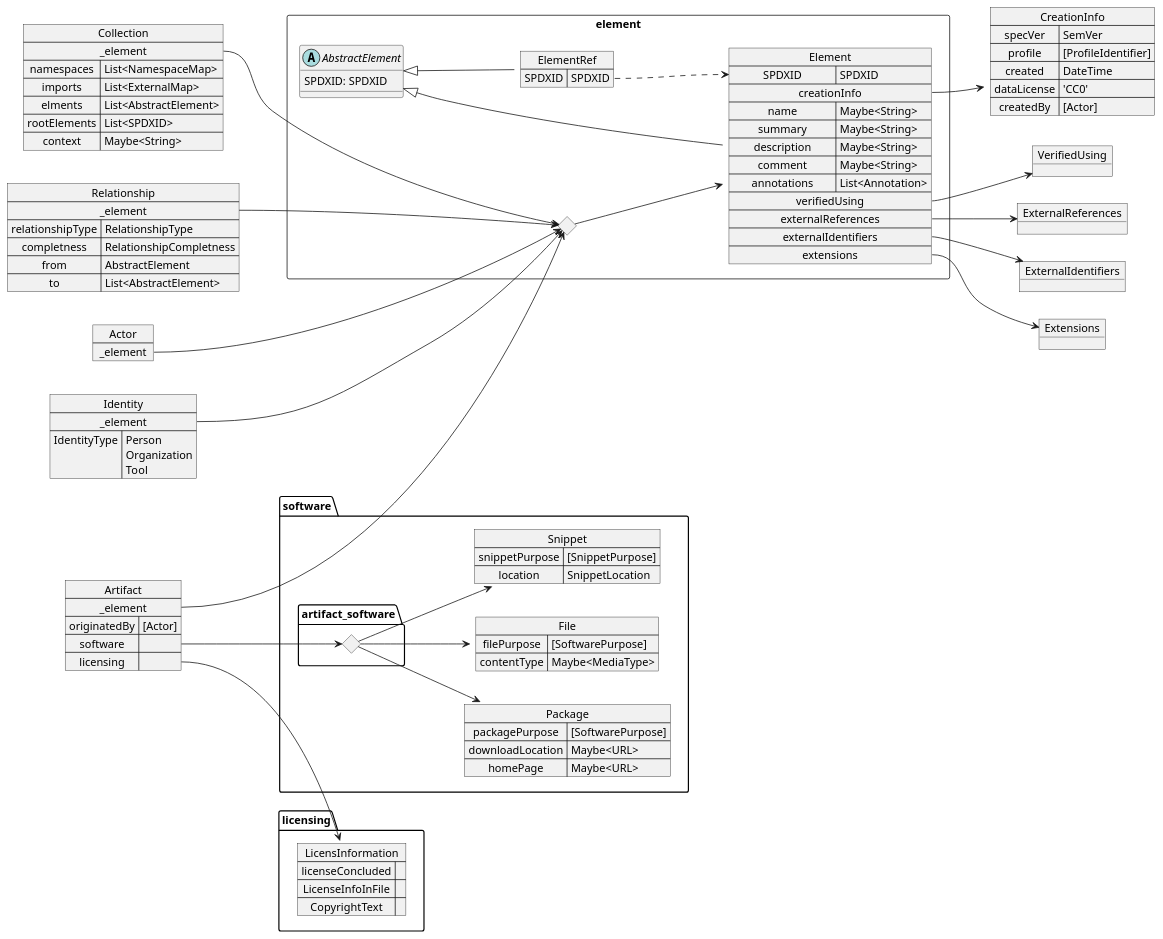
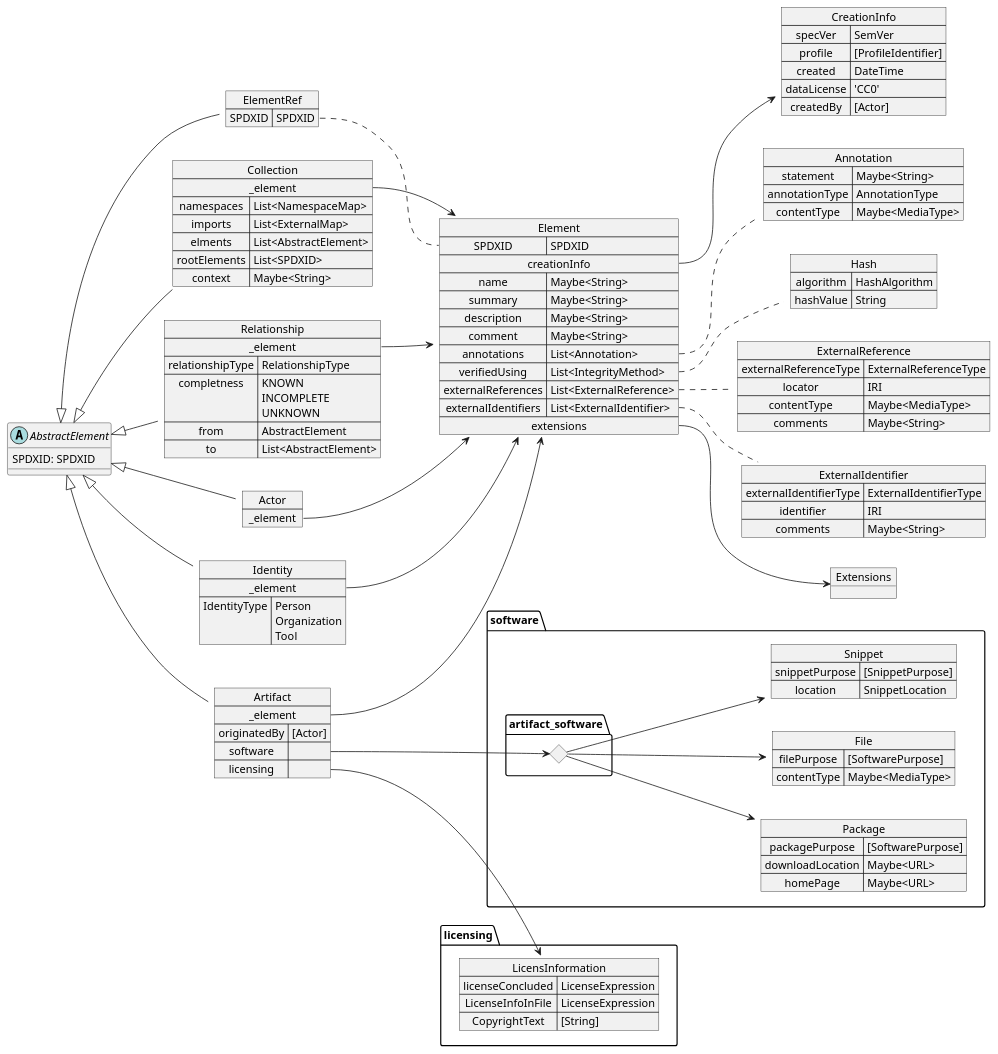
One commit to maxhbr/spdx-3-model.compositional changed the diagram in model.puml. Above: the diagram before and after it, drawn with PlantUML. The commit also changed 1 other file, not shown here.

```diff
--- a/model.puml
+++ b/model.puml
@@ -1,133 +1,132 @@
 @startuml
 left to right direction
 
 map CreationInfo {
     specVer => SemVer
     profile => [ProfileIdentifier]
     created => DateTime
     dataLicense => 'CC0'
     createdBy => [Actor]
 }
-object VerifiedUsing
-object ExternalReferences
-object ExternalIdentifiers
 object Extensions
-rectangle element {
-    abstract AbstractElement
-    AbstractElement : SPDXID: SPDXID
-    map Element {
-        SPDXID => SPDXID
-        creationInfo *--> CreationInfo
-        name => Maybe<String>
-        summary => Maybe<String>
-        description => Maybe<String>
-        comment => Maybe<String>
-        annotations => List<Annotation>
-        verifiedUsing *--> VerifiedUsing
-        externalReferences *--> ExternalReferences
-        externalIdentifiers *--> ExternalIdentifiers
-        extensions *--> Extensions
-    }
-    AbstractElement <|--- Element
-    map ElementRef {
-        SPDXID => SPDXID
-    }
-    AbstractElement <|- ElementRef
-    ElementRef::SPDXID .> Element::SPDXID
-    diamond dia
-    dia --> Element
+map Element {
+    SPDXID => SPDXID
+    creationInfo *--> CreationInfo
+    name => Maybe<String>
+    summary => Maybe<String>
+    description => Maybe<String>
+    comment => Maybe<String>
+    annotations => List<Annotation>
+    verifiedUsing => List<IntegrityMethod>
+    externalReferences => List<ExternalReference>
+    externalIdentifiers => List<ExternalIdentifier>
+    extensions *--> Extensions
 }
+map Annotation {
+    statement => Maybe<String>
+    annotationType => AnnotationType
+    contentType => Maybe<MediaType>
+}
+Element::annotations .. Annotation
+map ExternalReference {
+    externalReferenceType => ExternalReferenceType
+    locator => IRI
+    contentType => Maybe<MediaType>
+    comments => Maybe<String>
+}
+Element::externalReferences .. ExternalReference
+Map Hash {
+    algorithm => HashAlgorithm
+    hashValue => String
+}
+Element::verifiedUsing .. Hash
+Map ExternalIdentifier {
+    externalIdentifierType => ExternalIdentifierType
+    identifier => IRI
+    comments => Maybe<String>
+}
+Element::externalIdentifiers .. ExternalIdentifier
 
 map Artifact {
-    _element *---> element.dia
+    _element *--> Element
     originatedBy => [Actor]
     software =>
     licensing =>
 }
 
 map Collection {
-    _element *---> element.dia
+    _element *--> Element
     namespaces => List<NamespaceMap>
     imports => List<ExternalMap>
     elments => List<AbstractElement>
     rootElements => List<SPDXID>
     context => Maybe<String>
 }
 
 map Relationship {
-    _element *---> element.dia
+    _element *--> Element
     relationshipType => RelationshipType
-    completness => RelationshipCompletness
+    completness => KNOWN\nINCOMPLETE\nUNKNOWN
     from => AbstractElement
     to => List<AbstractElement>
 }
 
 map Actor {
-    _element *---> element.dia
+    _element *--> Element
 }
 
 map Identity {
-    _element *---> element.dia
+    _element *--> Element
     IdentityType => Person\nOrganization\nTool
 }
 
-
-
-' package profile_software {
-'     map Package {
-'         _artifact *--> Artifact
-'         packagePurpose => [SoftwarePurpose]
-'         downloadLocation => Maybe<URL>
-'         homePage => Maybe<URL>
-'     }
-'     map File {
-'         _artifact *--> Artifact
-'         filePurpose => [SoftwarePurpose]
-'         contentType => Maybe<MediaType>
-'     }
-'     Map Snippet {
-'         _artifact *--> Artifact
-'         snippetPurpose => [SnippetPurpose]
-'         location => SnippetLocation
-'     }
-'     map SBOM {
-'         _collection *--> Collection
-'     }
-' }
-' package profile_licensing {
-'     map profile_licensing.Package {
-'         _artifact *--> Artifact
-'     }
-' }
 
 package software {
     map Package {
         packagePurpose => [SoftwarePurpose]
         downloadLocation => Maybe<URL>
         homePage => Maybe<URL>
     }
     map File {
         filePurpose => [SoftwarePurpose]
         contentType => Maybe<MediaType>
     }
     Map Snippet {
         snippetPurpose => [SnippetPurpose]
         location => SnippetLocation
     }
     diamond artifact_software.dia
     artifact_software.dia --> Package
     artifact_software.dia --> File
     artifact_software.dia --> Snippet
     Artifact::software --> artifact_software.dia
 }
 
 package licensing {
     map LicensInformation {
-        licenseConcluded => 
-        LicenseInfoInFile =>
-        CopyrightText =>
+        licenseConcluded => LicenseExpression
+        LicenseInfoInFile => LicenseExpression
+        CopyrightText => [String]
     }
     Artifact::licensing --> LicensInformation
 }
 
+
+
+
+map ElementRef {
+    SPDXID => SPDXID
+}
+ElementRef::SPDXID .. Element::SPDXID
+
+
+abstract AbstractElement
+AbstractElement : SPDXID: SPDXID
+AbstractElement <|-- ElementRef
+AbstractElement <|-- Identity
+AbstractElement <|-- Actor
+AbstractElement <|-- Relationship
+AbstractElement <|-- Collection
+AbstractElement <|-- Artifact
+
 @enduml
```
